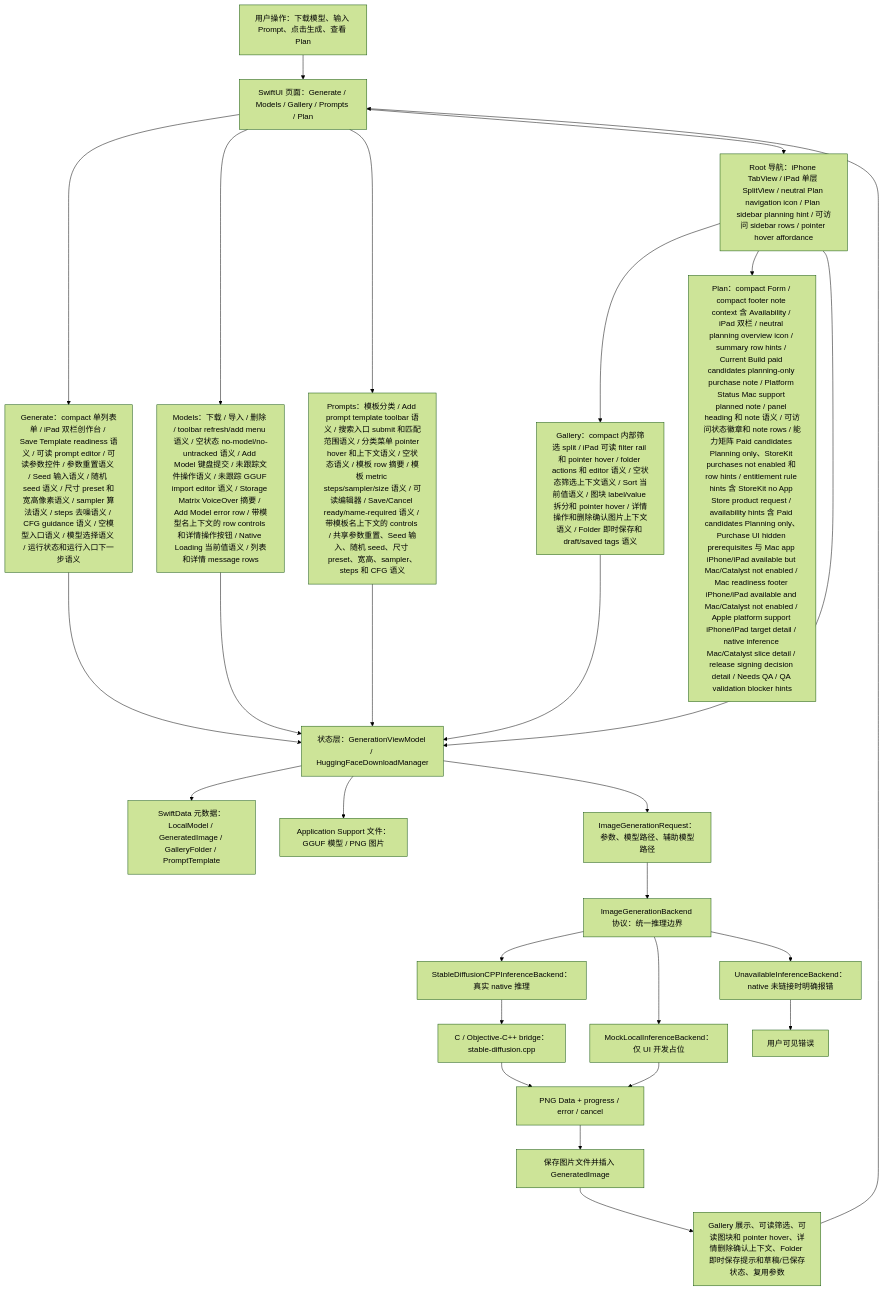
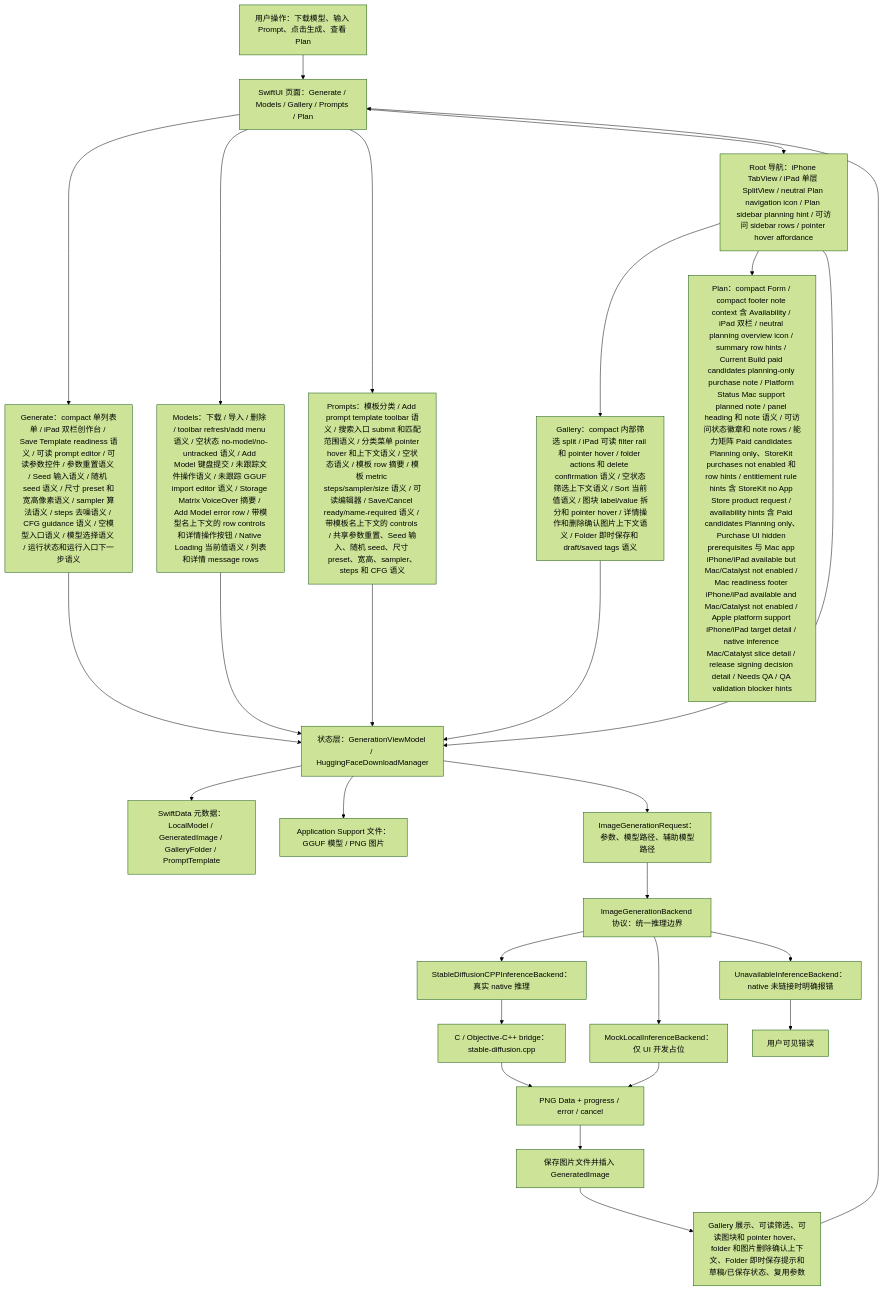
One commit to Altman-sam114/118 changed the first of 7 diagrams in md/flow/flowchart.md. Above: the diagram before and after it, drawn with Mermaid (forest theme). The commit also changed 5 other files, not shown here.

First line of the commit message:
v1.95: Gallery folder delete confirmation semantics

````diff
--- a/md/flow/flowchart.md
+++ b/md/flow/flowchart.md
@@ -9,29 +9,29 @@
 ```mermaid
 flowchart TD
   U["用户操作：下载模型、输入 Prompt、点击生成、查看 Plan"] --> UI["SwiftUI 页面：Generate / Models / Gallery / Prompts / Plan"]
   UI --> GENUI["Generate：compact 单列表单 / iPad 双栏创作台 / Save Template readiness 语义 / 可读 prompt editor / 可读参数控件 / 参数重置语义 / Seed 输入语义 / 随机 seed 语义 / 尺寸 preset 和宽高像素语义 / sampler 算法语义 / steps 去噪语义 / CFG guidance 语义 / 空模型入口语义 / 模型选择语义 / 运行状态和运行入口下一步语义"]
   UI --> MODELUI["Models：下载 / 导入 / 删除 / toolbar refresh/add menu 语义 / 空状态 no-model/no-untracked 语义 / Add Model 键盘提交 / 未跟踪文件操作语义 / 未跟踪 GGUF import editor 语义 / Storage Matrix VoiceOver 摘要 / Add Model error row / 带模型名上下文的 row controls 和详情操作按钮 / Native Loading 当前值语义 / 列表和详情 message rows"]
   UI --> PROMPTUI["Prompts：模板分类 / Add prompt template toolbar 语义 / 搜索入口 submit 和匹配范围语义 / 分类菜单 pointer hover 和上下文语义 / 空状态语义 / 模板 row 摘要 / 模板 metric steps/sampler/size 语义 / 可读编辑器 / Save/Cancel ready/name-required 语义 / 带模板名上下文的 controls / 共享参数重置、Seed 输入、随机 seed、尺寸 preset、宽高、sampler、steps 和 CFG 语义"]
   UI --> NAV["Root 导航：iPhone TabView / iPad 单层 SplitView / neutral Plan navigation icon / Plan sidebar planning hint / 可访问 sidebar rows / pointer hover affordance"]
-  NAV --> GALUI["Gallery：compact 内部筛选 split / iPad 可读 filter rail 和 pointer hover / folder actions 和 editor 语义 / 空状态筛选上下文语义 / Sort 当前值语义 / 图块 label/value 拆分和 pointer hover / 详情操作和删除确认图片上下文语义 / Folder 即时保存和 draft/saved tags 语义"]
+  NAV --> GALUI["Gallery：compact 内部筛选 split / iPad 可读 filter rail 和 pointer hover / folder actions 和 delete confirmation 语义 / 空状态筛选上下文语义 / Sort 当前值语义 / 图块 label/value 拆分和 pointer hover / 详情操作和删除确认图片上下文语义 / Folder 即时保存和 draft/saved tags 语义"]
   NAV --> PLANUI["Plan：compact Form / compact footer note context 含 Availability / iPad 双栏 / neutral planning overview icon / summary row hints / Current Build paid candidates planning-only purchase note / Platform Status Mac support planned note / panel heading 和 note 语义 / 可访问状态徽章和 note rows / 能力矩阵 Paid candidates Planning only、StoreKit purchases not enabled 和 row hints / entitlement rule hints 含 StoreKit no App Store product request / availability hints 含 Paid candidates Planning only、Purchase UI hidden prerequisites 与 Mac app iPhone/iPad available but Mac/Catalyst not enabled / Mac readiness footer iPhone/iPad available and Mac/Catalyst not enabled / Apple platform support iPhone/iPad target detail / native inference Mac/Catalyst slice detail / release signing decision detail / Needs QA / QA validation blocker hints"]
   NAV --> VM["状态层：GenerationViewModel / HuggingFaceDownloadManager"]
   GENUI --> VM
   MODELUI --> VM
   PROMPTUI --> VM
   GALUI --> VM
   VM --> SD["SwiftData 元数据：LocalModel / GeneratedImage / GalleryFolder / PromptTemplate"]
   VM --> FS["Application Support 文件：GGUF 模型 / PNG 图片"]
   VM --> REQ["ImageGenerationRequest：参数、模型路径、辅助模型路径"]
   REQ --> IFACE["ImageGenerationBackend 协议：统一推理边界"]
   IFACE --> NATIVE["StableDiffusionCPPInferenceBackend：真实 native 推理"]
   IFACE --> MOCK["MockLocalInferenceBackend：仅 UI 开发占位"]
   IFACE --> OFF["UnavailableInferenceBackend：native 未链接时明确报错"]
   NATIVE --> BRIDGE["C / Objective-C++ bridge：stable-diffusion.cpp"]
   BRIDGE --> PNG["PNG Data + progress / error / cancel"]
   MOCK --> PNG
   OFF --> ERR["用户可见错误"]
   PNG --> SAVE["保存图片文件并插入 GeneratedImage"]
-  SAVE --> GALLERY["Gallery 展示、可读筛选、可读图块和 pointer hover、详情删除确认上下文、Folder 即时保存提示和草稿/已保存状态、复用参数"]
+  SAVE --> GALLERY["Gallery 展示、可读筛选、可读图块和 pointer hover、folder 和图片删除确认上下文、Folder 即时保存提示和草稿/已保存状态、复用参数"]
   GALLERY --> UI
 ```
````
